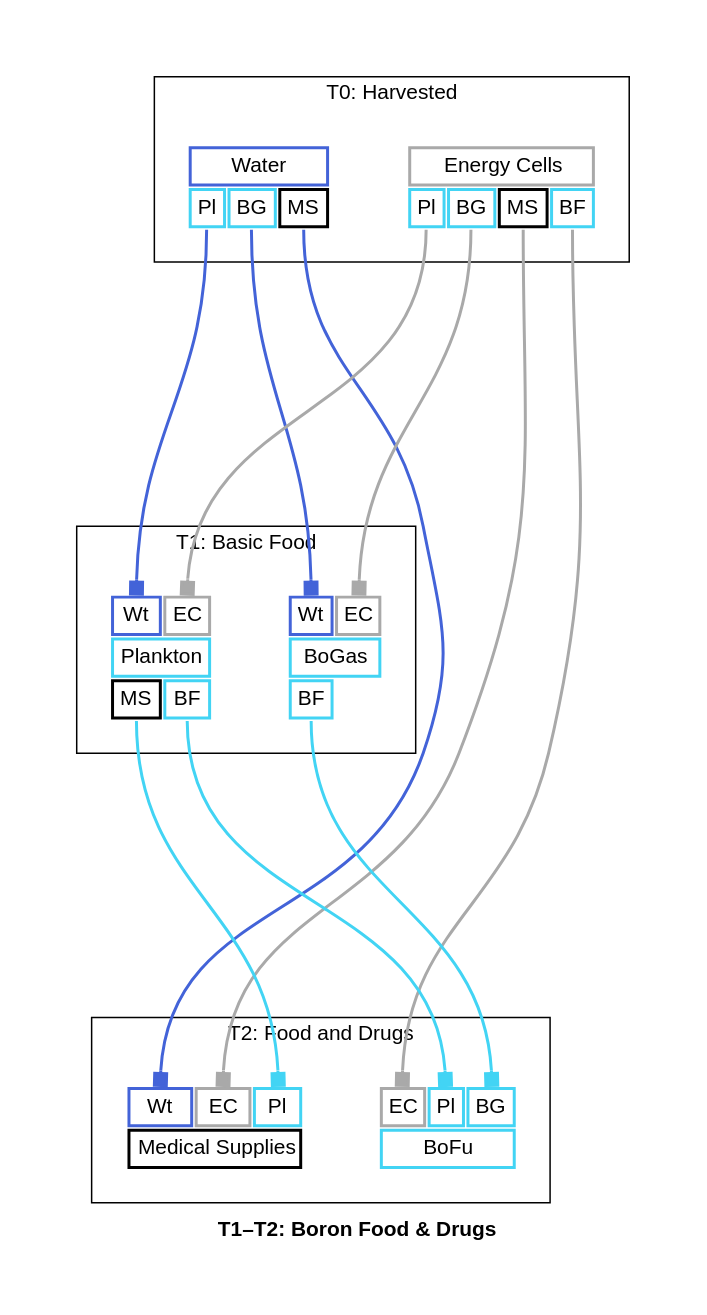
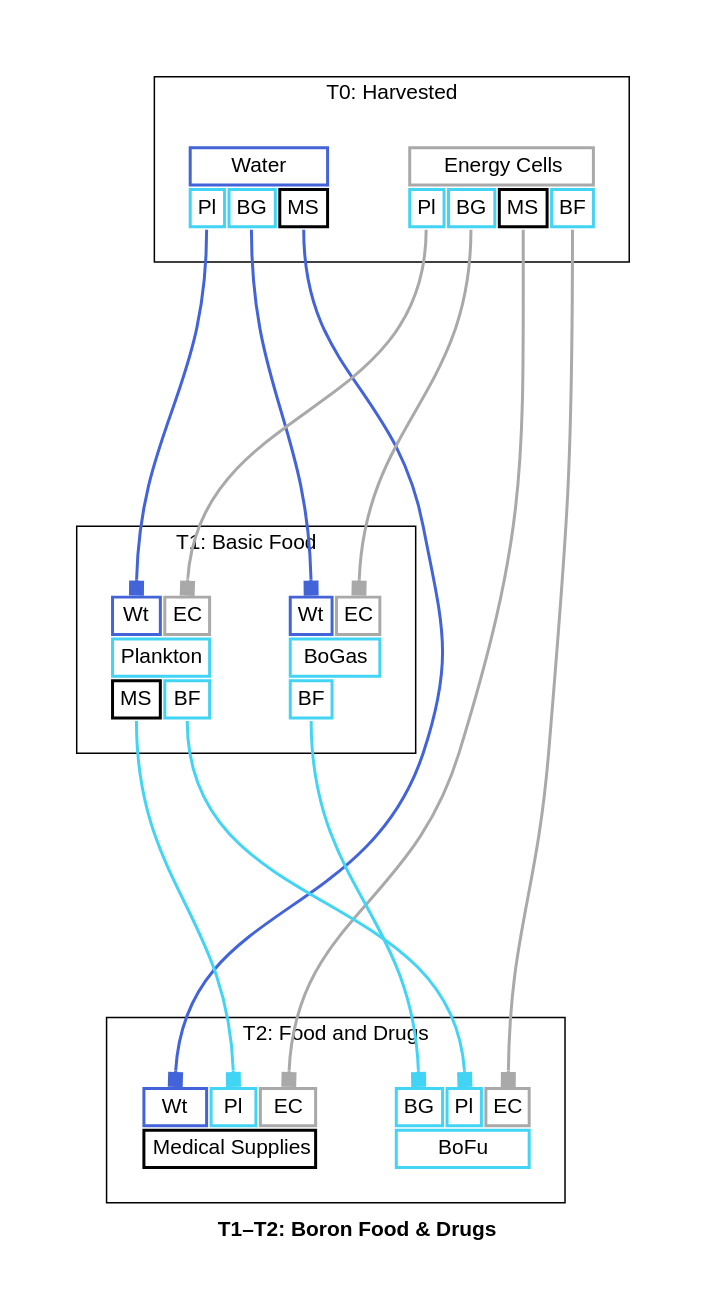
The diagram in docs/t1_t2_boron_food_drugs_graph_full.dot (borntyping/x4-diagrams), drawn with Graphviz before and after one commit. The commit also changed other lines of this file and 47 other files, not shown here.

```diff
--- a/docs/t1_t2_boron_food_drugs_graph_full.dot
+++ b/docs/t1_t2_boron_food_drugs_graph_full.dot
@@ -1,141 +1,141 @@
 digraph "X4 Economy" {
 	edge [arrowType=normal]
 	compound=true fontname="Helvetica,Arial,sans-serif"
 	label=<<b>T1–T2: Boron Food &amp; Drugs</b>>
 	graph [nodesep=0.3 pad=0.5 ranksep=3]
 	node [color=slategray1 fontname="Helvetica,Arial,sans-serif" margin=0.2 penwidth=2.0 shape=plaintext]
 	edge [arrowhead=normal arrowsize=1.0 fontname="Helvetica,Arial,sans-serif" headport=n penwidth=2.0 tailport=s]
 	subgraph 0 {
 		cluster=true label="T0: Harvested"
 		water [label=<<table border="0" cellborder="2" cellpadding="4" cellspacing="1" fixedsize="false" id="water" port="output">
   
   <tr>
     <td align="text" bgcolor="white" color="#4363d8" colspan="3">Water</td>
   </tr>
   
     <tr>
       
         <td align="text" bgcolor="white" color="#42d4f4" port="plankton">Pl</td>
       
         <td align="text" bgcolor="white" color="#42d4f4" port="bogas">BG</td>
       
         <td align="text" bgcolor="white" color="#000000" port="medical_supplies">MS</td>
       
     </tr>
   
 </table>>]
 		energy_cells [label=<<table border="0" cellborder="2" cellpadding="4" cellspacing="1" fixedsize="false" id="energy_cells" port="output">
   
   <tr>
     <td align="text" bgcolor="white" color="#a9a9a9" colspan="4">Energy Cells</td>
   </tr>
   
     <tr>
       
         <td align="text" bgcolor="white" color="#42d4f4" port="plankton">Pl</td>
       
         <td align="text" bgcolor="white" color="#42d4f4" port="bogas">BG</td>
       
         <td align="text" bgcolor="white" color="#000000" port="medical_supplies">MS</td>
       
         <td align="text" bgcolor="white" color="#42d4f4" port="bofu">BF</td>
       
     </tr>
   
 </table>>]
 	}
 	subgraph 1 {
 		cluster=true label="T1: Basic Food"
 		plankton [label=<<table border="0" cellborder="2" cellpadding="4" cellspacing="1" fixedsize="false" id="plankton" port="output">
   
     <tr>
       
         <td align="text" bgcolor="white" color="#4363d8" port="water">Wt</td>
       
         <td align="text" bgcolor="white" color="#a9a9a9" port="energy_cells">EC</td>
       
     </tr>
   
   <tr>
     <td align="text" bgcolor="white" color="#42d4f4" colspan="2">Plankton</td>
   </tr>
   
     <tr>
       
         <td align="text" bgcolor="white" color="#000000" port="medical_supplies">MS</td>
       
         <td align="text" bgcolor="white" color="#42d4f4" port="bofu">BF</td>
       
     </tr>
   
 </table>>]
 		bogas [label=<<table border="0" cellborder="2" cellpadding="4" cellspacing="1" fixedsize="false" id="bogas" port="output">
   
     <tr>
       
         <td align="text" bgcolor="white" color="#4363d8" port="water">Wt</td>
       
         <td align="text" bgcolor="white" color="#a9a9a9" port="energy_cells">EC</td>
       
     </tr>
   
   <tr>
     <td align="text" bgcolor="white" color="#42d4f4" colspan="2">BoGas</td>
   </tr>
   
     <tr>
       
         <td align="text" bgcolor="white" color="#42d4f4" port="bofu">BF</td>
       
     </tr>
   
 </table>>]
 	}
 	subgraph 2 {
 		cluster=true label="T2: Food and Drugs"
 		medical_supplies [label=<<table border="0" cellborder="2" cellpadding="4" cellspacing="1" fixedsize="false" id="medical_supplies" port="output">
   
     <tr>
       
         <td align="text" bgcolor="white" color="#4363d8" port="water">Wt</td>
       
+        <td align="text" bgcolor="white" color="#42d4f4" port="plankton">Pl</td>
+      
         <td align="text" bgcolor="white" color="#a9a9a9" port="energy_cells">EC</td>
-      
-        <td align="text" bgcolor="white" color="#42d4f4" port="plankton">Pl</td>
       
     </tr>
   
   <tr>
     <td align="text" bgcolor="white" color="#000000" colspan="3">Medical Supplies</td>
   </tr>
   
 </table>>]
 		bofu [label=<<table border="0" cellborder="2" cellpadding="4" cellspacing="1" fixedsize="false" id="bofu" port="output">
   
     <tr>
       
-        <td align="text" bgcolor="white" color="#a9a9a9" port="energy_cells">EC</td>
+        <td align="text" bgcolor="white" color="#42d4f4" port="bogas">BG</td>
       
         <td align="text" bgcolor="white" color="#42d4f4" port="plankton">Pl</td>
       
-        <td align="text" bgcolor="white" color="#42d4f4" port="bogas">BG</td>
+        <td align="text" bgcolor="white" color="#a9a9a9" port="energy_cells">EC</td>
       
     </tr>
   
   <tr>
     <td align="text" bgcolor="white" color="#42d4f4" colspan="3">BoFu</td>
   </tr>
   
 </table>>]
 	}
 	energy_cells:plankton:s -> plankton:energy_cells:n [arrowhead=box color="#a9a9a9" weight=1.0]
 	water:plankton:s -> plankton:water:n [arrowhead=box color="#4363d8" weight=1.0]
 	energy_cells:bogas:s -> bogas:energy_cells:n [arrowhead=box color="#a9a9a9" weight=1.0]
 	water:bogas:s -> bogas:water:n [arrowhead=box color="#4363d8" weight=1.0]
 	energy_cells:medical_supplies:s -> medical_supplies:energy_cells:n [arrowhead=box color="#a9a9a9" weight=1.0]
 	plankton:medical_supplies:s -> medical_supplies:plankton:n [arrowhead=box color="#42d4f4" weight=1.0]
 	water:medical_supplies:s -> medical_supplies:water:n [arrowhead=box color="#4363d8" weight=1.0]
 	bogas:bofu:s -> bofu:bogas:n [arrowhead=box color="#42d4f4" weight=1.0]
 	energy_cells:bofu:s -> bofu:energy_cells:n [arrowhead=box color="#a9a9a9" weight=1.0]
 	plankton:bofu:s -> bofu:plankton:n [arrowhead=box color="#42d4f4" weight=1.0]
 }
```
